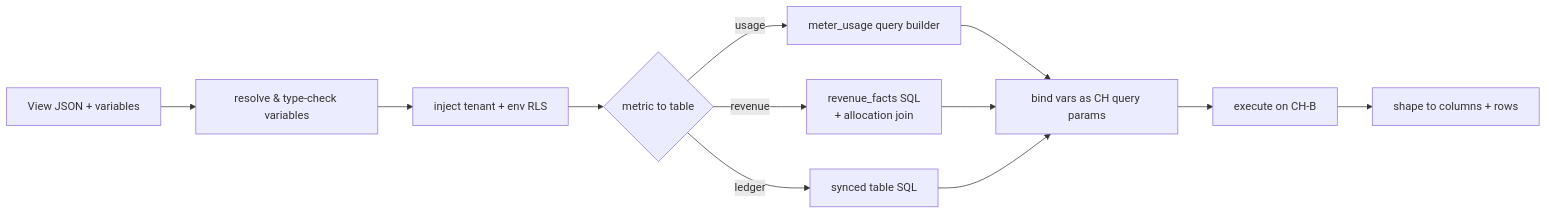
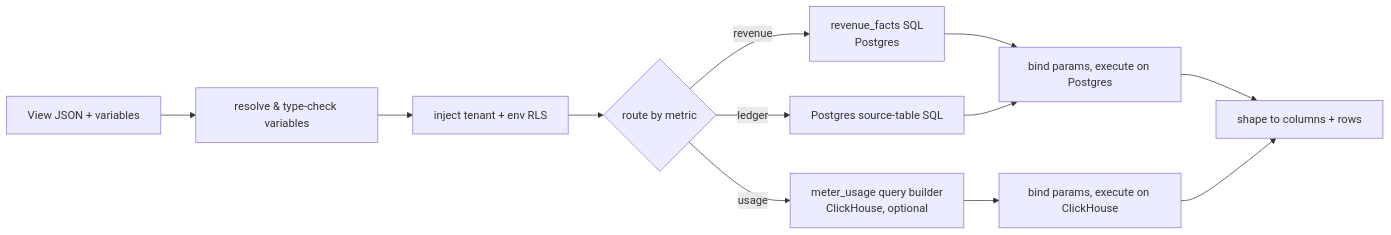
Before and after one commit to flexprice/flexprice: the sixth of 6 diagrams in docs/design/2026-09-10-FLE-1257-analytics-platform-erd.md, drawn with Mermaid. The commit also changed other lines of this file, not shown here.

First line of the commit message:
docs(analytics): store revenue_facts in Postgres, keep ClickHouse optional

````diff
--- a/docs/design/2026-09-10-FLE-1257-analytics-platform-erd.md
+++ b/docs/design/2026-09-10-FLE-1257-analytics-platform-erd.md
@@ -503,13 +512,14 @@
 ```mermaid
 flowchart LR
   V[View JSON + variables] --> T1[resolve & type-check variables]
   T1 --> T2[inject tenant + env RLS]
-  T2 --> T3{metric to table}
-  T3 -- usage --> MU[meter_usage query builder]
-  T3 -- revenue --> RF[revenue_facts SQL<br/>+ allocation join]
-  T3 -- ledger --> SY[synced table SQL]
-  MU --> BIND[bind vars as CH query params]
-  RF --> BIND
-  SY --> BIND
-  BIND --> EX[execute on CH-B] --> SH[shape to columns + rows]
+  T2 --> T3{route by metric}
+  T3 -- revenue --> RF[revenue_facts SQL<br/>Postgres]
+  T3 -- ledger --> SY[Postgres source-table SQL]
+  T3 -- usage --> MU[meter_usage query builder<br/>ClickHouse, optional]
+  RF --> PG[bind params, execute on Postgres]
+  SY --> PG
+  MU --> CH[bind params, execute on ClickHouse]
+  PG --> SH[shape to columns + rows]
+  CH --> SH
 ```
````
